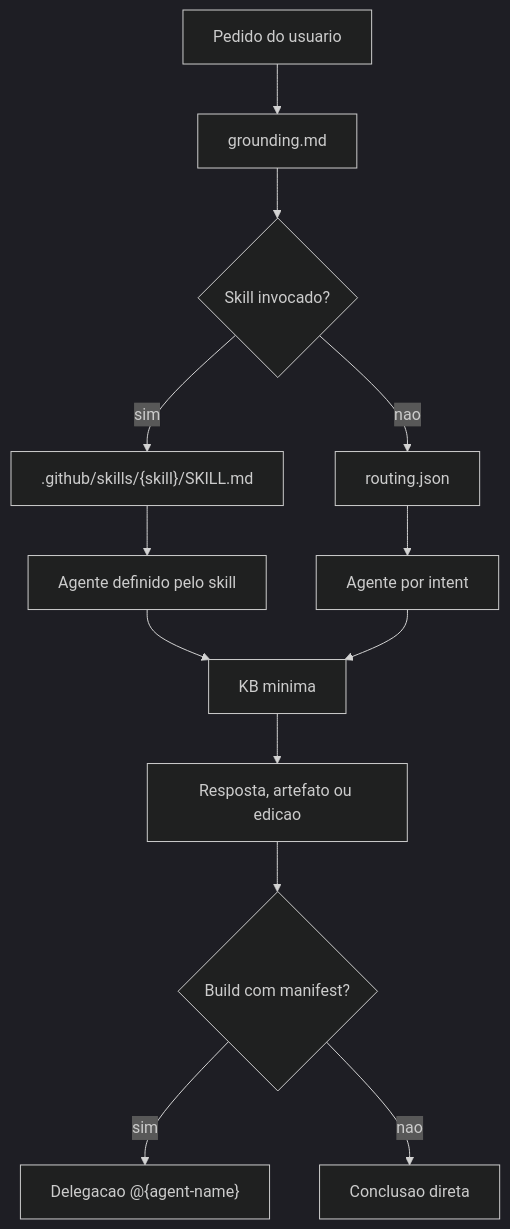
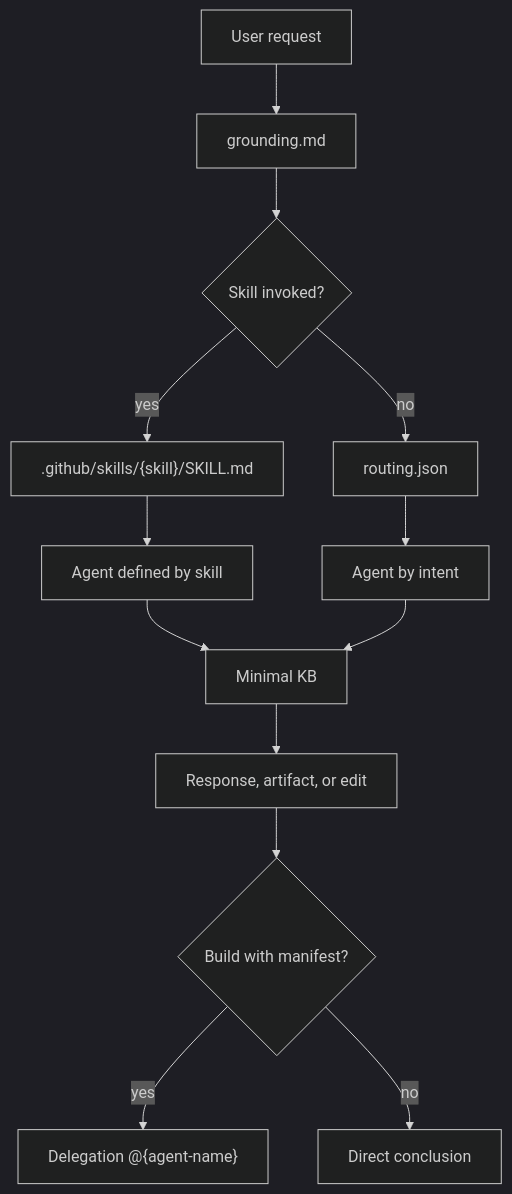
One commit to Tiao553/sdd-harness-copilot changed the first of 2 diagrams in docs/reference/agents.md. Above: the diagram before and after it, drawn with Mermaid (dark theme). The commit also changed other lines of this file and 19 other files, not shown here.

````diff
--- a/docs/reference/agents.md
+++ b/docs/reference/agents.md
@@ -9,15 +9,15 @@
 ```mermaid
 flowchart TD
-    A["Pedido do usuario"] --> B["grounding.md"]
-    B --> C{"Skill invocado?"}
-    C -->|sim| D[".github/skills/{skill}/SKILL.md"]
-    C -->|nao| E["routing.json"]
-    D --> F["Agente definido pelo skill"]
-    E --> G["Agente por intent"]
-    F --> H["KB minima"]
+    A["User request"] --> B["grounding.md"]
+    B --> C{"Skill invoked?"}
+    C -->|yes| D[".github/skills/{skill}/SKILL.md"]
+    C -->|no| E["routing.json"]
+    D --> F["Agent defined by skill"]
+    E --> G["Agent by intent"]
+    F --> H["Minimal KB"]
     G --> H
-    H --> I["Resposta, artefato ou edicao"]
-    I --> J{"Build com manifest?"}
-    J -->|sim| K["Delegacao @{agent-name}"]
-    J -->|nao| L["Conclusao direta"]
+    H --> I["Response, artifact, or edit"]
+    I --> J{"Build with manifest?"}
+    J -->|yes| K["Delegation @{agent-name}"]
+    J -->|no| L["Direct conclusion"]
 ```
````
